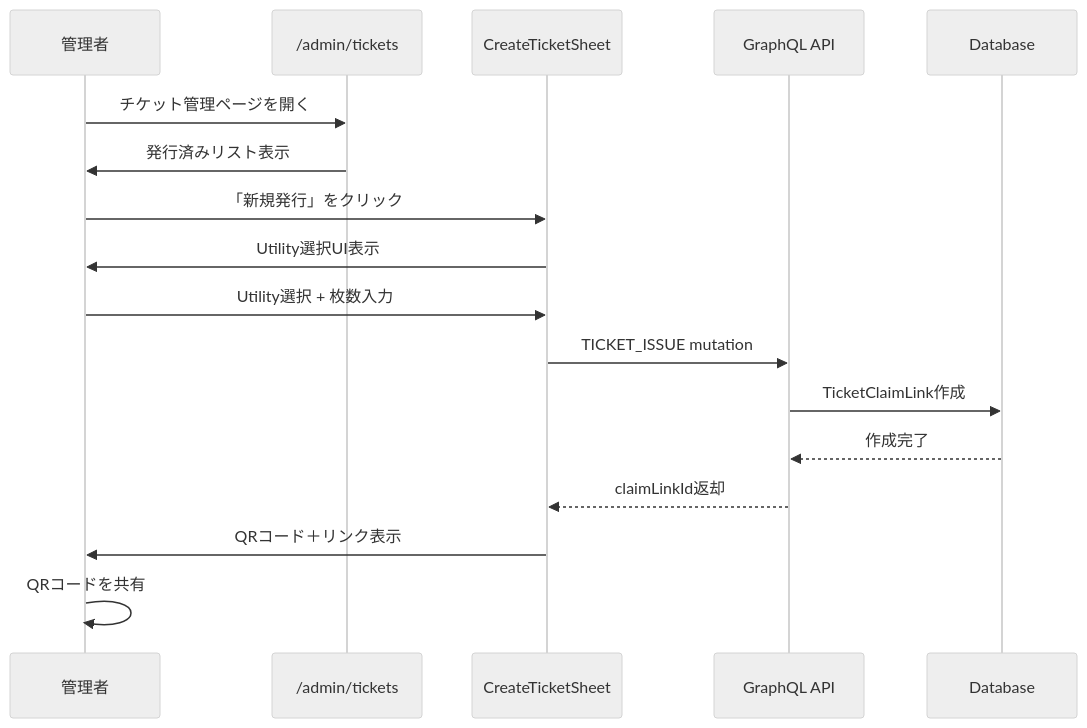
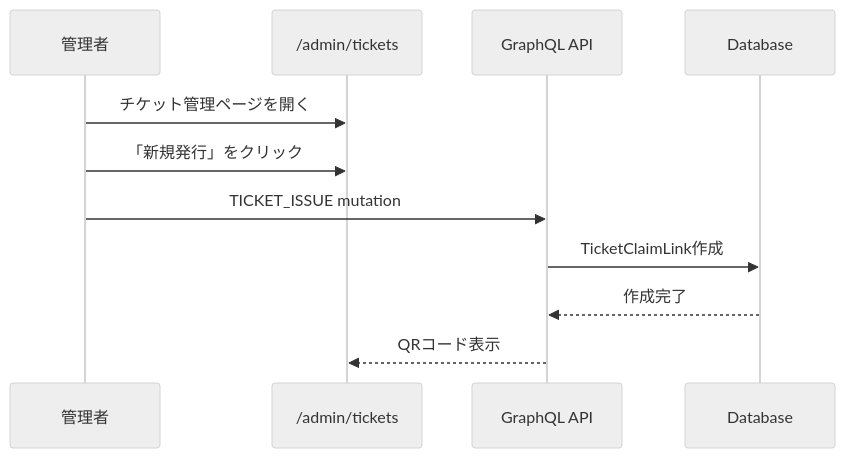
One commit to Hopin-inc/civicship-portal changed the first of 3 diagrams in docs/disable-ticket-features.md. Above: the diagram before and after it, drawn with Mermaid (neutral theme). The commit also changed other lines of this file, not shown here.

````diff
--- a/docs/disable-ticket-features.md
+++ b/docs/disable-ticket-features.md
@@ -591,20 +567,14 @@
 ```mermaid
 sequenceDiagram
     participant Admin as 管理者
     participant AdminUI as /admin/tickets
-    participant CreateSheet as CreateTicketSheet
     participant GQL as GraphQL API
     participant DB as Database
 
     Admin->>AdminUI: チケット管理ページを開く
-    AdminUI->>Admin: 発行済みリスト表示
-    Admin->>CreateSheet: 「新規発行」をクリック
-    CreateSheet->>Admin: Utility選択UI表示
-    Admin->>CreateSheet: Utility選択 + 枚数入力
-    CreateSheet->>GQL: TICKET_ISSUE mutation
+    Admin->>AdminUI: 「新規発行」をクリック
+    Admin->>GQL: TICKET_ISSUE mutation
     GQL->>DB: TicketClaimLink作成
     DB-->>GQL: 作成完了
-    GQL-->>CreateSheet: claimLinkId返却
-    CreateSheet->>Admin: QRコード＋リンク表示
-    Admin->>Admin: QRコードを共有
+    GQL-->>AdminUI: QRコード表示
 ```
````
